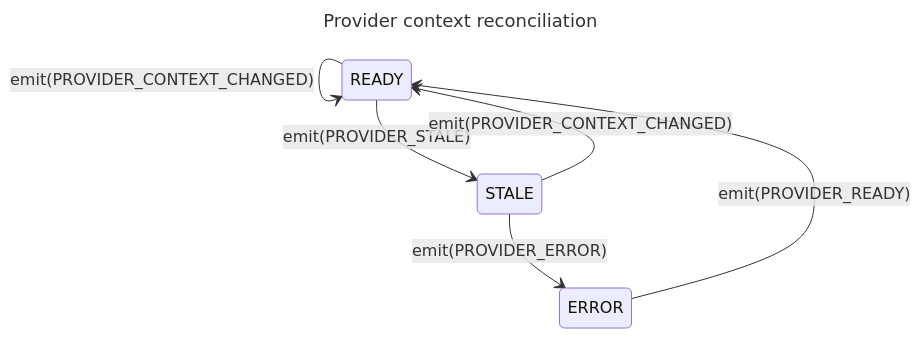
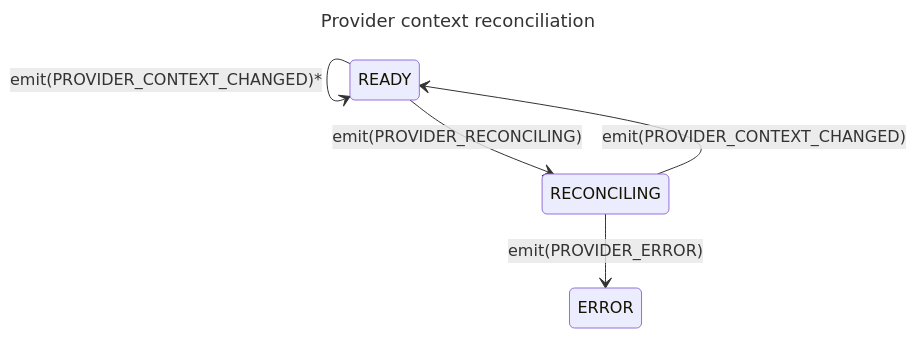
One commit to open-feature/spec changed the second of 2 diagrams in specification/sections/05-events.md. Above: the diagram before and after it, drawn with Mermaid. The commit also changed other lines of this file and 5 other files, not shown here.

````diff
--- a/specification/sections/05-events.md
+++ b/specification/sections/05-events.md
@@ -155,12 +172,11 @@
 ```mermaid
 ---
 title: Provider context reconciliation 
 ---
 stateDiagram-v2
     direction TB
-    READY --> READY:emit(PROVIDER_CONTEXT_CHANGED)
-    ERROR --> READY:emit(PROVIDER_READY)
-    READY --> STALE:emit(PROVIDER_STALE)
-    STALE --> READY:emit(PROVIDER_CONTEXT_CHANGED)
-    STALE --> ERROR:emit(PROVIDER_ERROR)
+    READY --> READY:emit(PROVIDER_CONTEXT_CHANGED)*
+    READY --> RECONCILING:emit(PROVIDER_RECONCILING)
+    RECONCILING --> READY:emit(PROVIDER_CONTEXT_CHANGED)
+    RECONCILING --> ERROR:emit(PROVIDER_ERROR)
 ```
````
